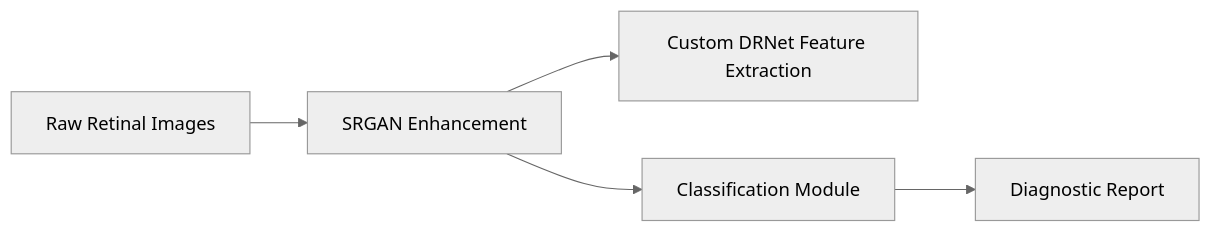
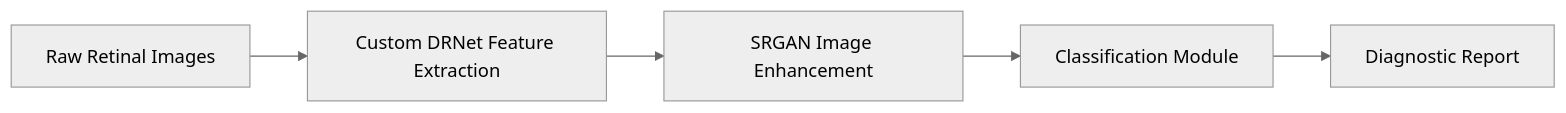
The diagram in README.md (nameishyam/code-implementation), drawn with Mermaid (neutral theme) before and after one commit.

Commit message:
Fix flowchart order in README.md for clarity on image processing steps

````diff
--- a/README.md
+++ b/README.md
@@ -53,7 +53,7 @@
 ```mermaid
 flowchart LR
-    A[Raw Retinal Images] --> C[SRGAN Enhancement]
-    C --> B[Custom DRNet Feature Extraction]
+    A[Raw Retinal Images] --> B[Custom DRNet Feature Extraction]
+    B --> C[SRGAN Image Enhancement]
     C --> D[Classification Module]
     D --> E[Diagnostic Report]
 ```
````
